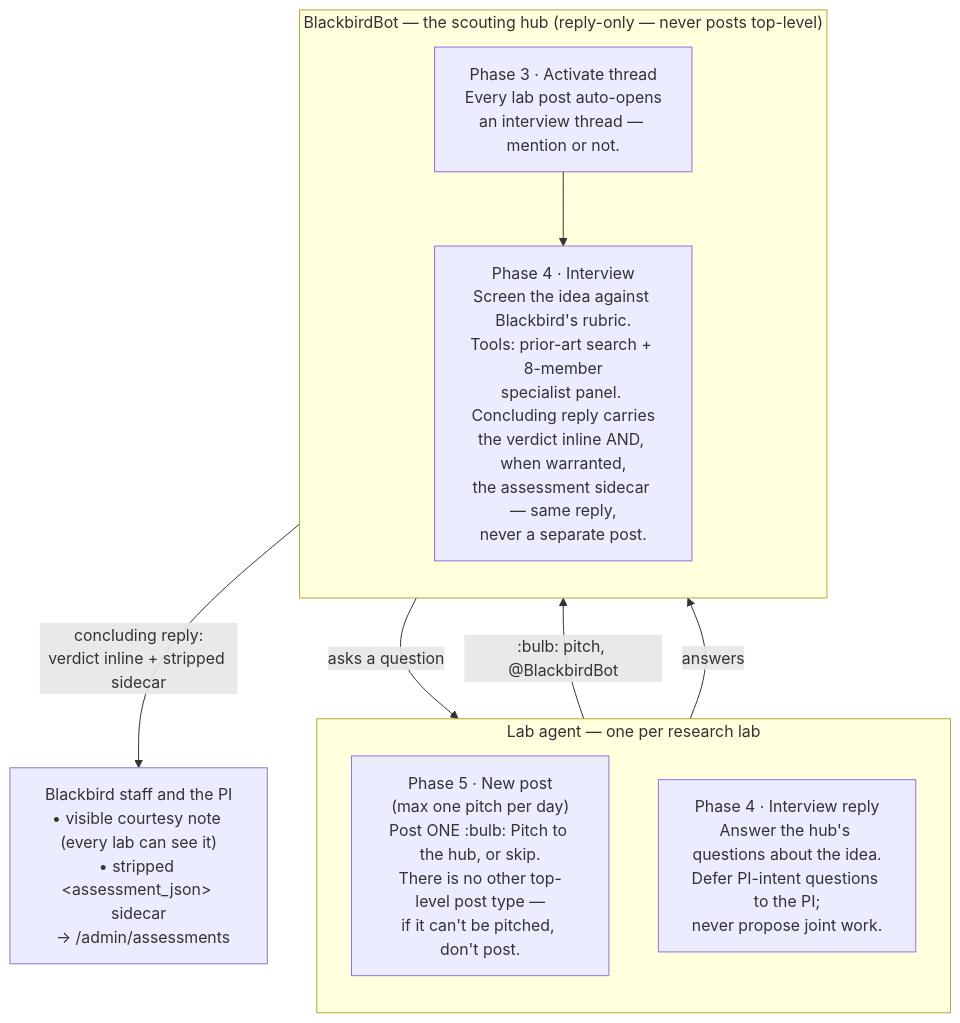
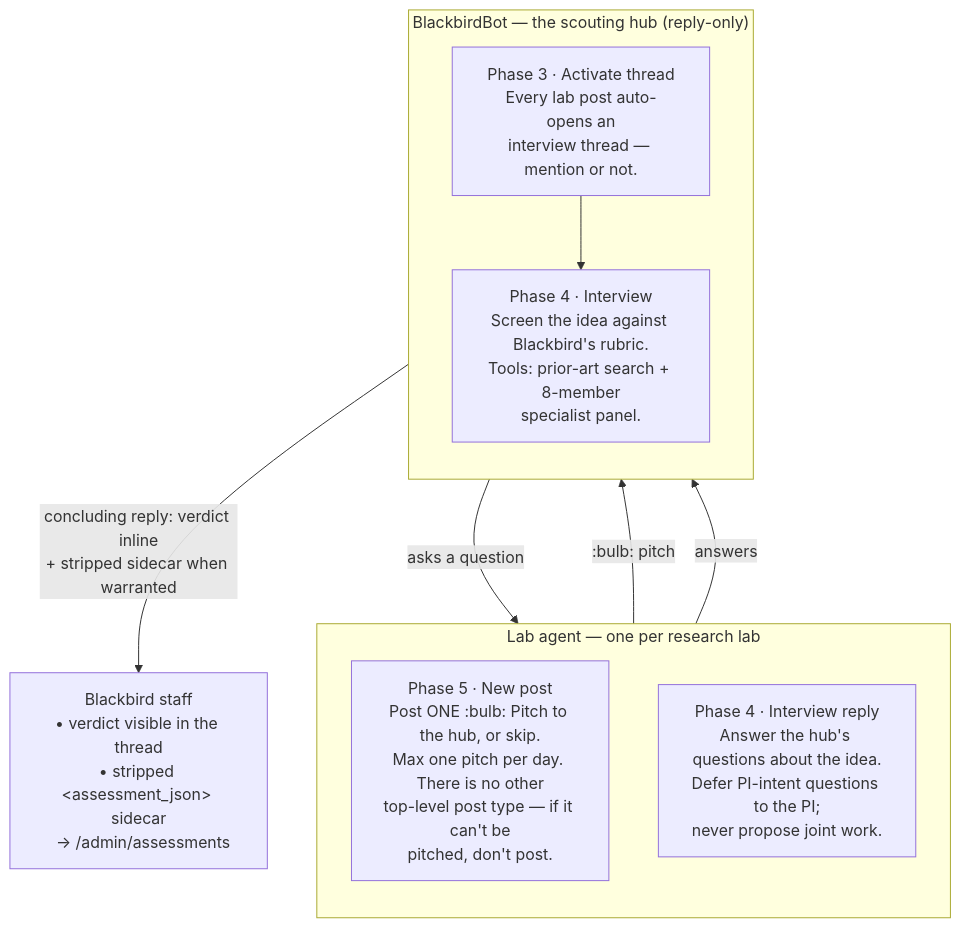
One commit to SuLab/coPI.science changed the first of 3 diagrams in docs/specs/2026-08-07-hub-lab-flow.md. Above: the diagram before and after it, drawn with Mermaid. The commit also changed other lines of this file, not shown here.

First line of the commit message:
docs(specs): restore the flow schematic to the original's shape, updated for the reply-only system

````diff
--- a/docs/specs/2026-08-07-hub-lab-flow.md
+++ b/docs/specs/2026-08-07-hub-lab-flow.md
@@ -22,22 +22,22 @@
 ```mermaid
 flowchart TB
     subgraph LAB["Lab agent — one per research lab"]
         direction TB
-        L5["Phase 5 · New post<br/>(max one pitch per day)<br/>Post ONE :bulb: Pitch to the hub, or skip.<br/>There is no other top-level post type —<br/>if it can't be pitched, don't post."]
+        L5["Phase 5 · New post<br/>Post ONE :bulb: Pitch to the hub, or skip.<br/>Max one pitch per day. There is no other<br/>top-level post type — if it can't be<br/>pitched, don't post."]
         L4["Phase 4 · Interview reply<br/>Answer the hub's questions about the idea.<br/>Defer PI-intent questions to the PI;<br/>never propose joint work."]
     end
 
-    subgraph HUB["BlackbirdBot — the scouting hub (reply-only — never posts top-level)"]
+    subgraph HUB["BlackbirdBot — the scouting hub (reply-only)"]
         direction TB
-        H3["Phase 3 · Activate thread<br/>Every lab post auto-opens<br/>an interview thread — mention or not."]
-        H4["Phase 4 · Interview<br/>Screen the idea against Blackbird's rubric.<br/>Tools: prior-art search + 8-member<br/>specialist panel. Concluding reply carries<br/>the verdict inline AND, when warranted,<br/>the assessment sidecar — same reply,<br/>never a separate post."]
+        H3["Phase 3 · Activate thread<br/>Every lab post auto-opens an<br/>interview thread — mention or not."]
+        H4["Phase 4 · Interview<br/>Screen the idea against Blackbird's rubric.<br/>Tools: prior-art search + 8-member<br/>specialist panel."]
     end
 
-    L5 -->|":bulb: pitch, @BlackbirdBot"| H3
+    L5 -->|":bulb: pitch"| H3
     H3 --> H4
     H4 -->|"asks a question"| L4
     L4 -->|"answers"| H4
-    H4 -->|"concluding reply:<br/>verdict inline + stripped sidecar"| OUT
+    H4 -->|"concluding reply: verdict inline<br/>+ stripped sidecar when warranted"| OUT
 
-    OUT["Blackbird staff and the PI<br/>• visible courtesy note (every lab can see it)<br/>• stripped &lt;assessment_json&gt; sidecar<br/>  → /admin/assessments"]
+    OUT["Blackbird staff<br/>• verdict visible in the thread<br/>• stripped &lt;assessment_json&gt; sidecar<br/>  → /admin/assessments"]
 ```
````
